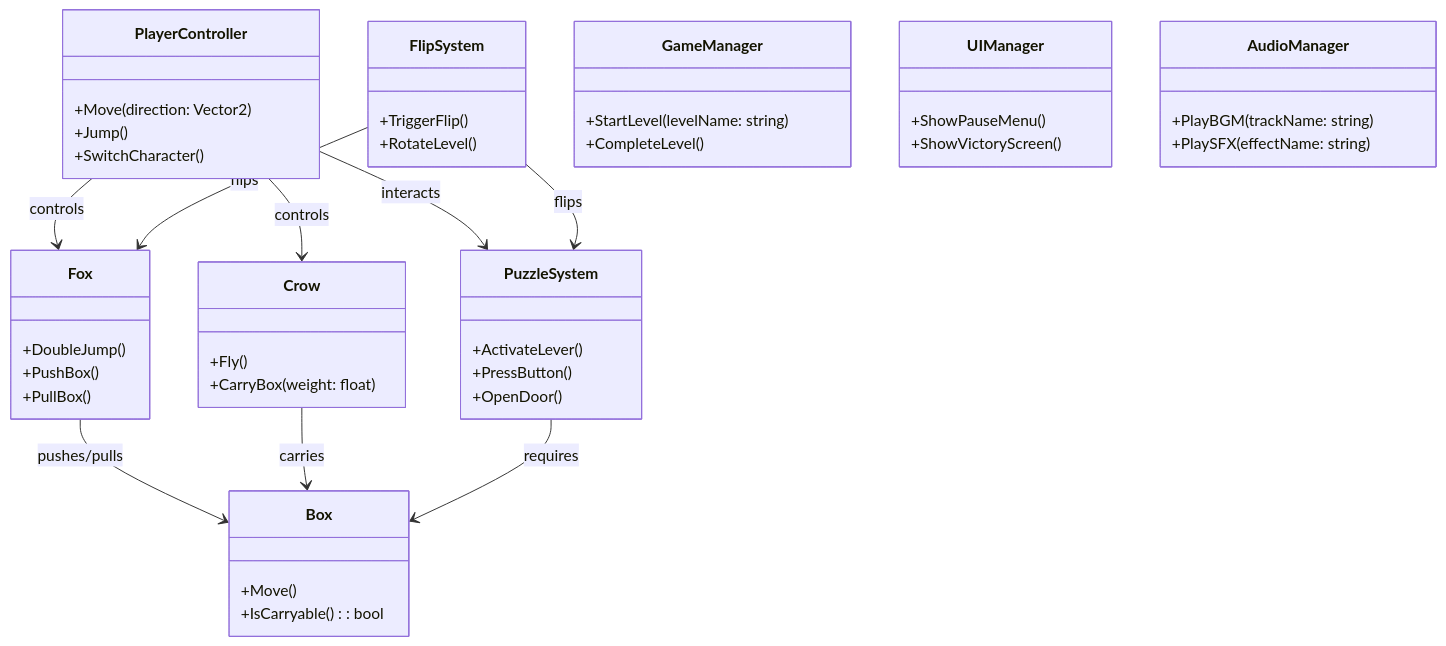
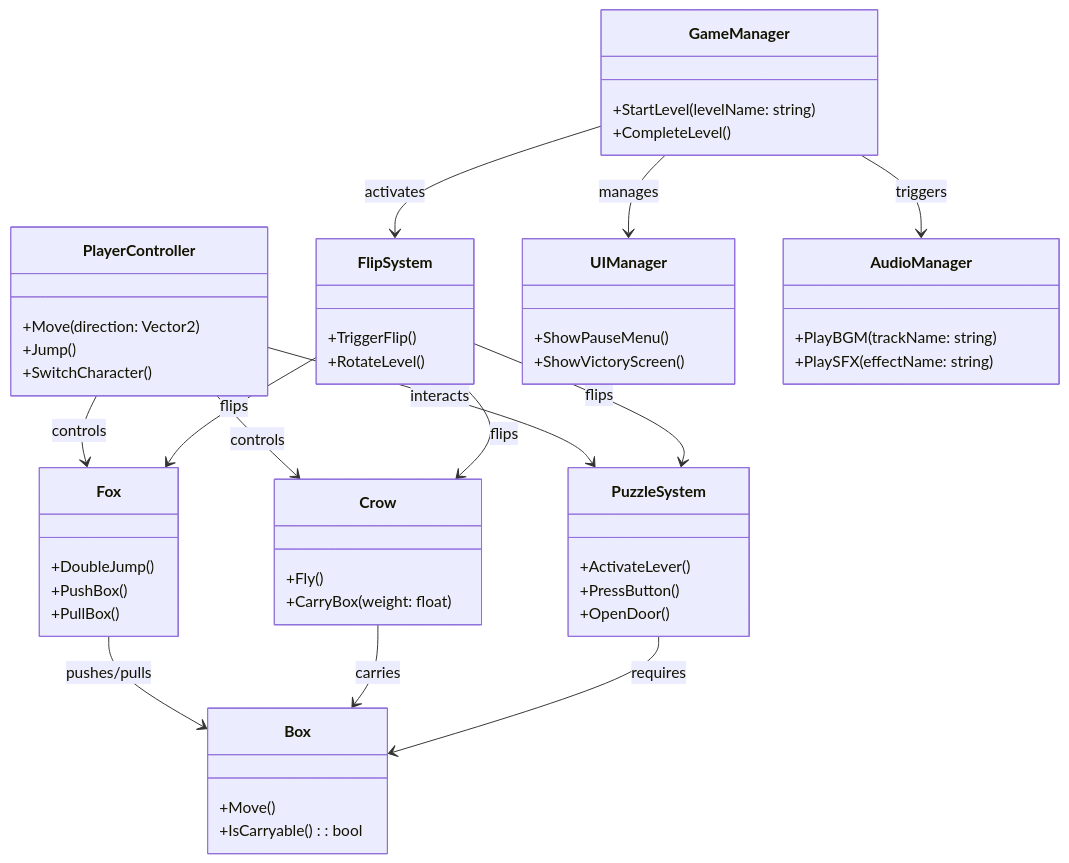
One commit to Justsomeguy241/Out-of-the-box changed the fourth of 4 diagrams in README.md. Above: the diagram before and after it, drawn with Mermaid.

````diff
--- a/README.md
+++ b/README.md
@@ -181,65 +181,68 @@
 ```mermaid
 classDiagram
     %% --- Core Gameplay ---
     class PlayerController {
         +Move(direction: Vector2)
         +Jump()
         +SwitchCharacter()
     }
 
     class Fox {
         +DoubleJump()
         +PushBox()
         +PullBox()
     }
 
     class Crow {
         +Fly()
         +CarryBox(weight: float)
     }
 
     class PuzzleSystem {
         +ActivateLever()
         +PressButton()
         +OpenDoor()
     }
 
     class Box {
         +Move()
         +IsCarryable(): bool
     }
 
     class FlipSystem {
         +TriggerFlip()
         +RotateLevel()
     }
 
     %% --- Game Flow & UI ---
     class GameManager {
         +StartLevel(levelName: string)
         +CompleteLevel()
     }
 
     class UIManager {
         +ShowPauseMenu()
         +ShowVictoryScreen()
     }
 
     class AudioManager {
         +PlayBGM(trackName: string)
         +PlaySFX(effectName: string)
     }
 
     %% --- Relations ---
     PlayerController --> Fox : controls
     PlayerController --> Crow : controls
     PlayerController --> PuzzleSystem : interacts
     Fox --> Box : pushes/pulls
     Crow --> Box : carries
     PuzzleSystem --> Box : requires
     FlipSystem --> PuzzleSystem : flips
     FlipSystem --> Fox : flips
-    FlipSystem -
+    FlipSystem --> Crow : flips
+    GameManager --> UIManager : manages
+    GameManager --> AudioManager : triggers
+    GameManager --> FlipSystem : activates
 
 
 ```
````
